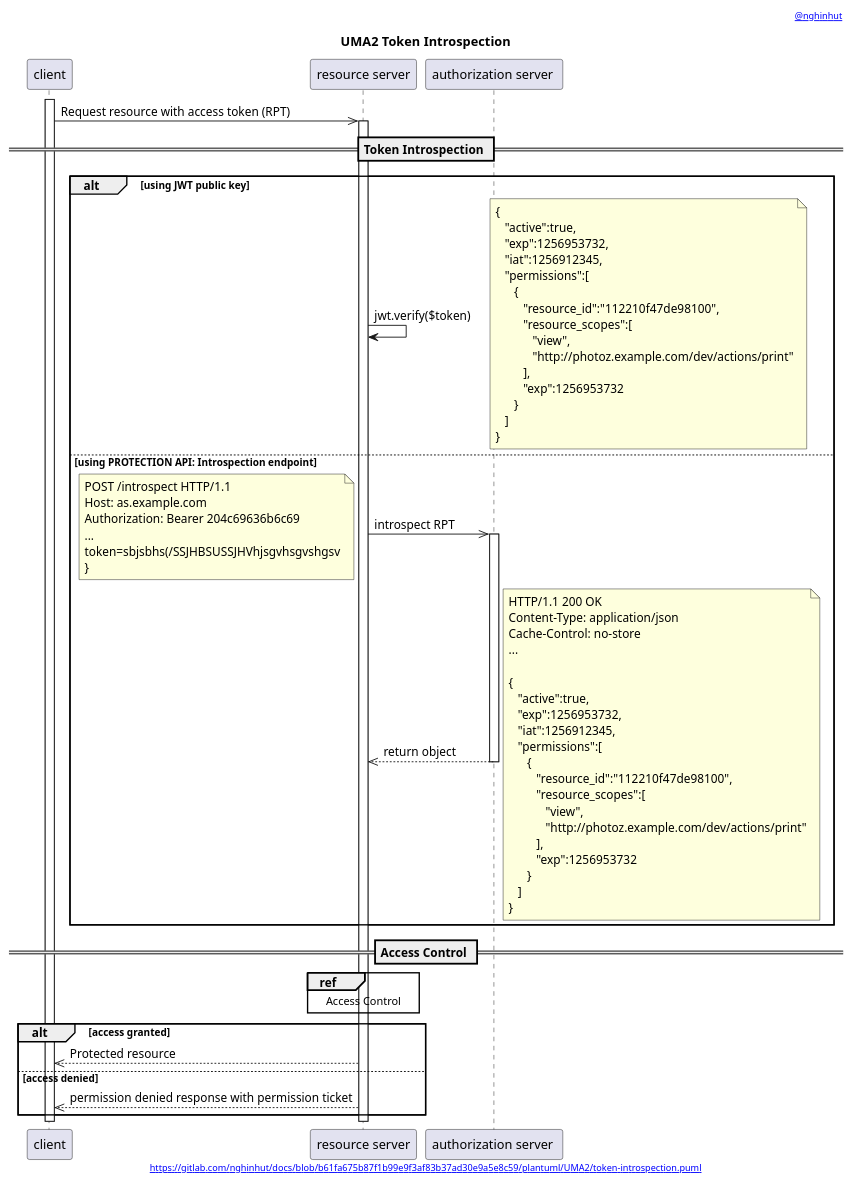
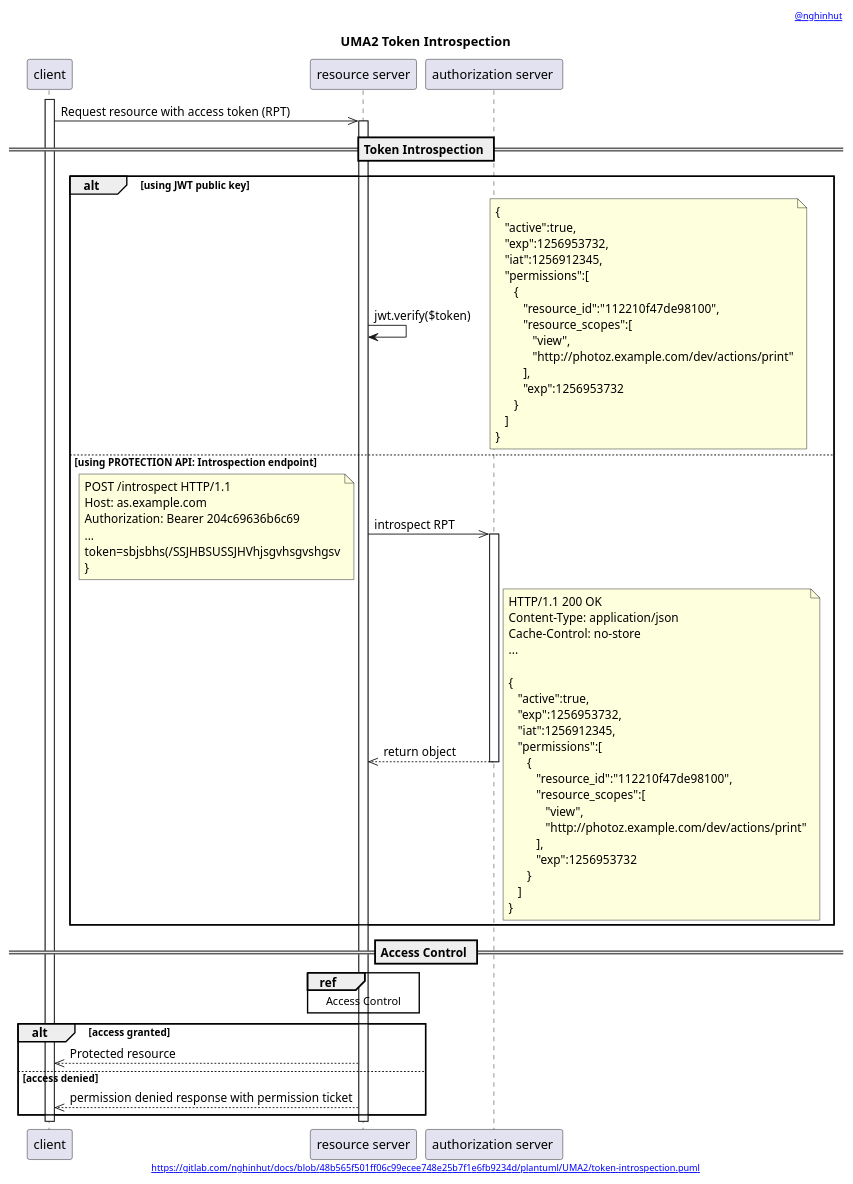
One commit to nghinhut/docs changed the diagram in plantuml/UMA2/token-introspection.puml. Above: the diagram before and after it, drawn with PlantUML. The commit also changed 24 other files, not shown here.

Commit message:
docs(plantuml): update headers

```diff
--- a/plantuml/UMA2/token-introspection.puml
+++ b/plantuml/UMA2/token-introspection.puml
@@ -1,87 +1,87 @@
 @startuml
 '-----START auto generated metadata please keep comment here to allow auto update-----
 '-----DON'T EDIT THIS SECTION, INSTEAD RE-RUN prebuild.sh TO UPDATE-----
-header [[https://www.nghinhut.dev?from=http%5C%3A%5C%2F%5C%2Fwww%5C.plantuml%5C.com%5C%2Fplantuml%5C%2Fproxy%3Ffmt%3Dsvg%5C%26src%3Dhttps%5C%3A%5C%2F%5C%2Fgitlab%5C.com%5C%2Fnghinhut%5C%2Fdocs%5C%2Fraw%5C%2Fb61fa675b87f1b99e9f3af83b37ad30e9a5e8c59%5C%2Fplantuml%5C%2FUMA2%5C%2Ftoken-introspection%5C.puml%0A @nghinhut]]
-footer [[http://www.plantuml.com/plantuml/proxy?fmt=svg&src=https://gitlab.com/nghinhut/docs/raw/b61fa675b87f1b99e9f3af83b37ad30e9a5e8c59/plantuml/UMA2/token-introspection.puml https://gitlab.com/nghinhut/docs/blob/b61fa675b87f1b99e9f3af83b37ad30e9a5e8c59/plantuml/UMA2/token-introspection.puml]]
+header [[https://www.nghinhut.dev?from=http%5C%3A%5C%2F%5C%2Fwww%5C.plantuml%5C.com%5C%2Fplantuml%5C%2Fproxy%3Ffmt%3Dsvg%5C%26src%3Dhttps%5C%3A%5C%2F%5C%2Fgitlab%5C.com%5C%2Fnghinhut%5C%2Fdocs%5C%2Fraw%5C%2F48b565f501ff06c99ecee748e25b7f1e6fb9234d%5C%2Fplantuml%5C%2FUMA2%5C%2Ftoken-introspection%5C.puml%0A @nghinhut]]
+footer [[http://www.plantuml.com/plantuml/proxy?fmt=svg&src=https://gitlab.com/nghinhut/docs/raw/48b565f501ff06c99ecee748e25b7f1e6fb9234d/plantuml/UMA2/token-introspection.puml https://gitlab.com/nghinhut/docs/blob/48b565f501ff06c99ecee748e25b7f1e6fb9234d/plantuml/UMA2/token-introspection.puml]]
 '-----END auto generated metadata please keep comment here to allow auto update-----
 title UMA2 Token Introspection
 
 participant "client" as client
 participant "resource server" as rs
 participant "authorization server " as as
 
 activate client
 client ->> rs : Request resource with access token (RPT)
 activate rs
 
 == Token Introspection ==
 alt using JWT public key
     rs -> rs : jwt.verify($token)
     note right
         {
            "active":true,
            "exp":1256953732,
            "iat":1256912345,
            "permissions":[
               {
                  "resource_id":"112210f47de98100",
                  "resource_scopes":[
                     "view",
                     "http://photoz.example.com/dev/actions/print"
                  ],
                  "exp":1256953732
               }
            ]
         }
     end note
 else using PROTECTION API: Introspection endpoint
     rs ->> as : introspect RPT
     note left
         POST /introspect HTTP/1.1
         Host: as.example.com
         Authorization: Bearer 204c69636b6c69
         ...
         token=sbjsbhs(/SSJHBSUSSJHVhjsgvhsgvshgsv
         }
     end note
     activate as
     rs <<-- as : return object
     note right
         HTTP/1.1 200 OK
         Content-Type: application/json
         Cache-Control: no-store
         ...
 
         {
            "active":true,
            "exp":1256953732,
            "iat":1256912345,
            "permissions":[
               {
                  "resource_id":"112210f47de98100",
                  "resource_scopes":[
                     "view",
                     "http://photoz.example.com/dev/actions/print"
                  ],
                  "exp":1256953732
               }
            ]
         }
     end note
     deactivate as
 end
 
 == Access Control ==
 
 ref over rs
     Access Control
 end
 
 alt access granted
     client <<-- rs : Protected resource
 else access denied
     client <<-- rs : permission denied response with permission ticket
 end
 deactivate rs
 deactivate client
 @enduml
```
